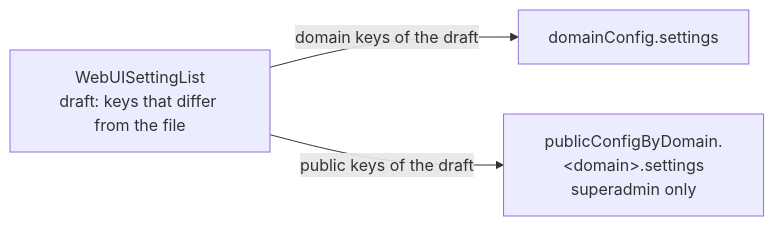
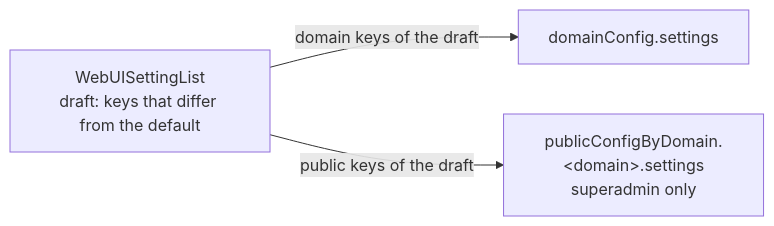
One commit to lablup/backend.ai-webui changed the second of 2 diagrams in docs/adr/0028-webui-settings-in-the-app-config-settings-key.ko.md. Above: the diagram before and after it, drawn with Mermaid. The commit also changed other lines of this file and 1 other file, not shown here.

````diff
--- a/docs/adr/0028-webui-settings-in-the-app-config-settings-key.ko.md
+++ b/docs/adr/0028-webui-settings-in-the-app-config-settings-key.ko.md
@@ -38,8 +40,8 @@
 ```mermaid
 flowchart LR
-  page["WebUISettingList<br/>draft: keys that differ from the file"]
+  page["WebUISettingList<br/>draft: keys that differ from the default"]
   dset["domainConfig.settings"]
   pset["publicConfigByDomain.&lt;domain&gt;.settings<br/>superadmin only"]
   page -- "domain keys of the draft" --> dset
   page -- "public keys of the draft" --> pset
 ```
````
